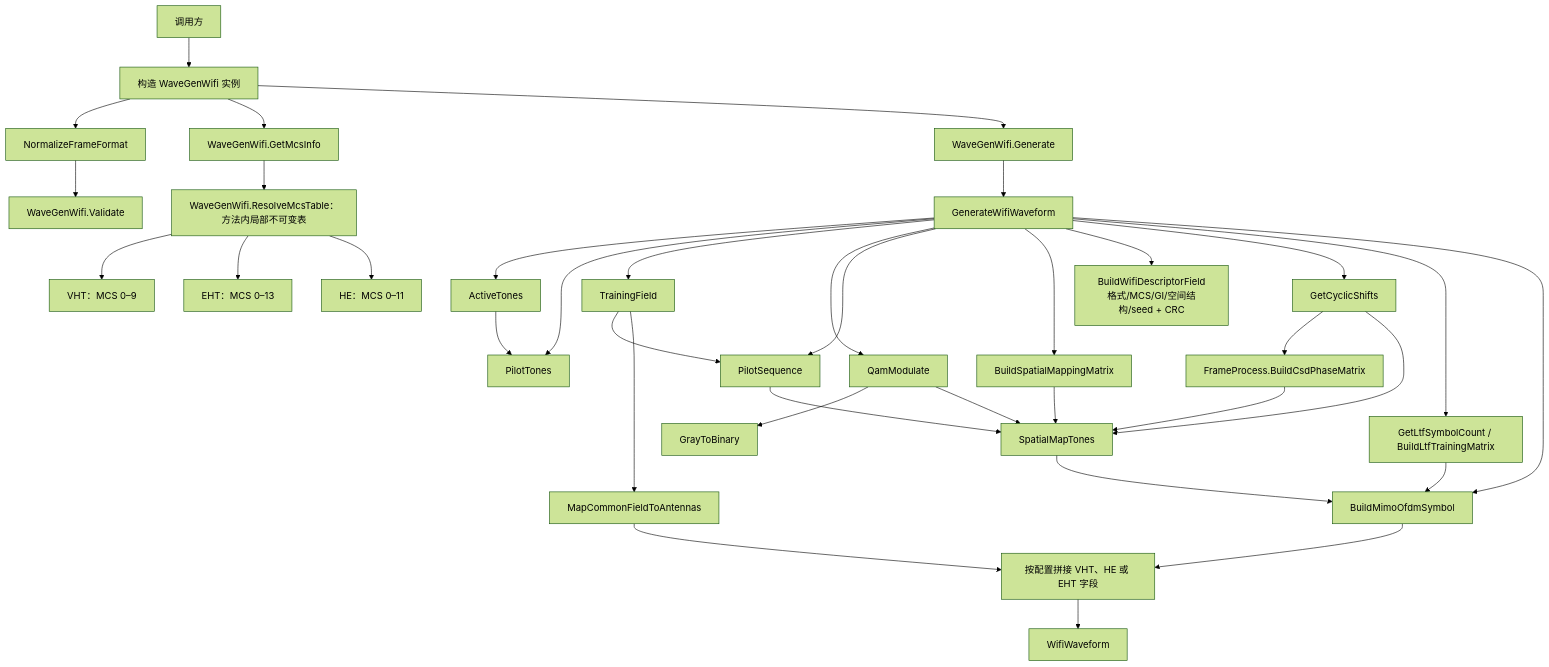
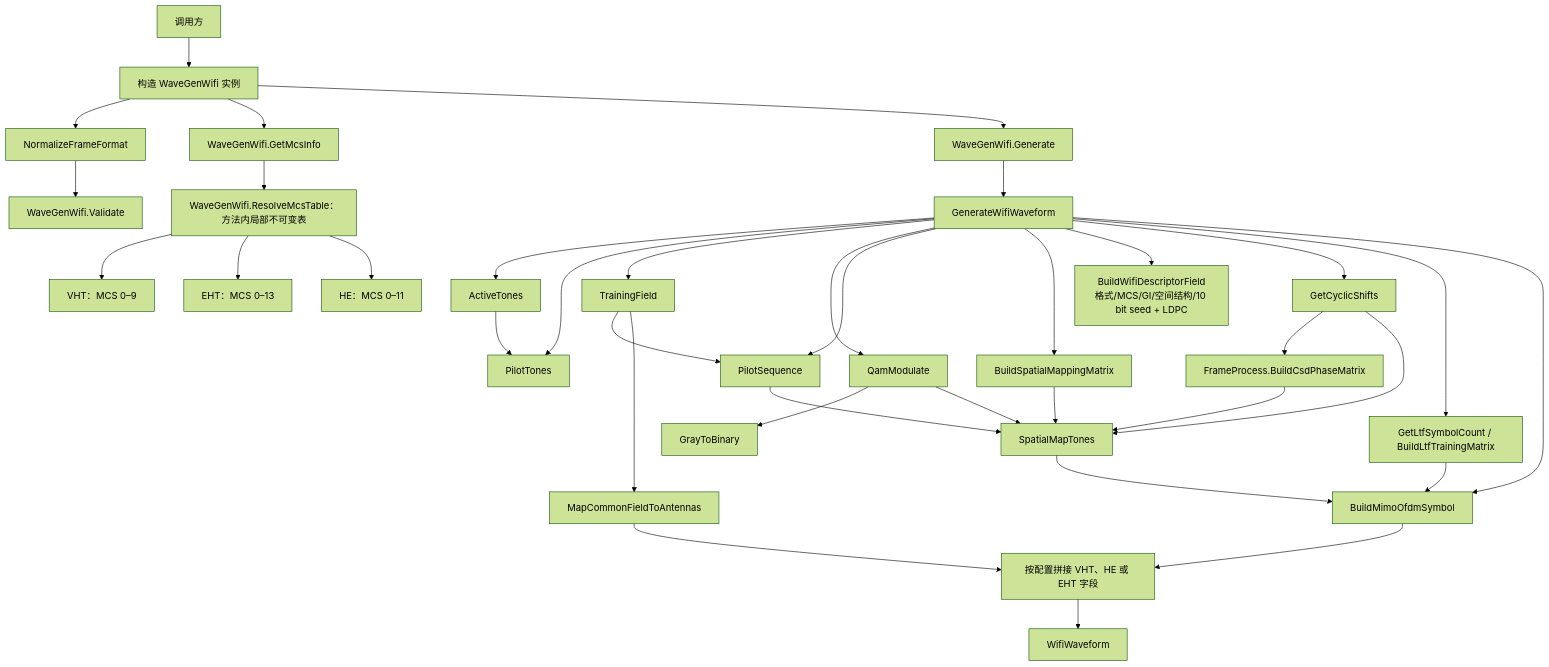
One commit to niyilu45/DPD_ILC changed the third of 14 diagrams in README.md. Above: the diagram before and after it, drawn with Mermaid (forest theme). The commit also changed other lines of this file and 12 other files, not shown here.

Commit message:
Add robust 10-bit LDPC descriptor FEC

````diff
--- a/README.md
+++ b/README.md
@@ -174,40 +181,40 @@
 ```mermaid
 flowchart TD
     caller["调用方"] --> config["构造 WaveGenWifi 实例"]
     config --> normalize["NormalizeFrameFormat"]
     normalize --> validate["WaveGenWifi.Validate"]
     config --> mcs["WaveGenWifi.GetMcsInfo"]
     config --> generate["WaveGenWifi.Generate"]
     mcs --> resolveMcs["WaveGenWifi.ResolveMcsTable：方法内局部不可变表"]
     resolveMcs --> vhtTable["VHT：MCS 0–9"]
     resolveMcs --> ehtTable["EHT：MCS 0–13"]
     resolveMcs --> heTable["HE：MCS 0–11"]
     generate --> privateGenerate["GenerateWifiWaveform"]
 
     privateGenerate --> active["ActiveTones"]
     privateGenerate --> pilots["PilotTones"]
     active --> pilots
     privateGenerate --> training["TrainingField"]
     privateGenerate --> qam["QamModulate"]
     privateGenerate --> pilotSequence["PilotSequence"]
     privateGenerate --> mapping["BuildSpatialMappingMatrix"]
-    privateGenerate --> descriptor["BuildWifiDescriptorField<br/>格式/MCS/GI/空间结构/seed + CRC"]
+    privateGenerate --> descriptor["BuildWifiDescriptorField<br/>格式/MCS/GI/空间结构/10 bit seed + LDPC"]
     privateGenerate --> csd["GetCyclicShifts"]
     csd --> csdMatrix["FrameProcess.BuildCsdPhaseMatrix"]
     privateGenerate --> ltf["GetLtfSymbolCount / BuildLtfTrainingMatrix"]
     privateGenerate --> mimoOfdm["BuildMimoOfdmSymbol"]
 
     qam --> gray["GrayToBinary"]
     training --> pilotSequence
     mapping --> spatialTones["SpatialMapTones"]
     csd --> spatialTones
     csdMatrix --> spatialTones
     qam --> spatialTones
     pilotSequence --> spatialTones
     spatialTones --> mimoOfdm
     ltf --> mimoOfdm
     training --> common["MapCommonFieldToAntennas"]
     common --> packet["按配置拼接 VHT、HE 或 EHT 字段"]
     mimoOfdm --> packet
     packet --> waveform["WifiWaveform"]
 ```
````
